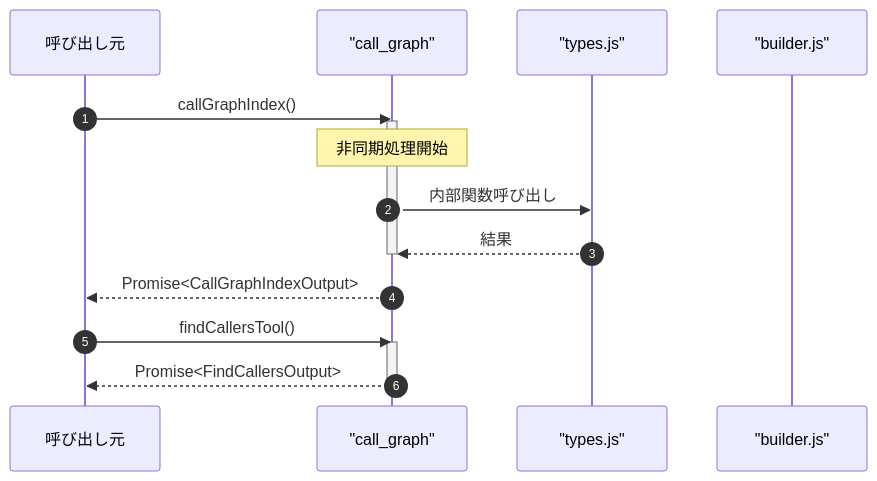
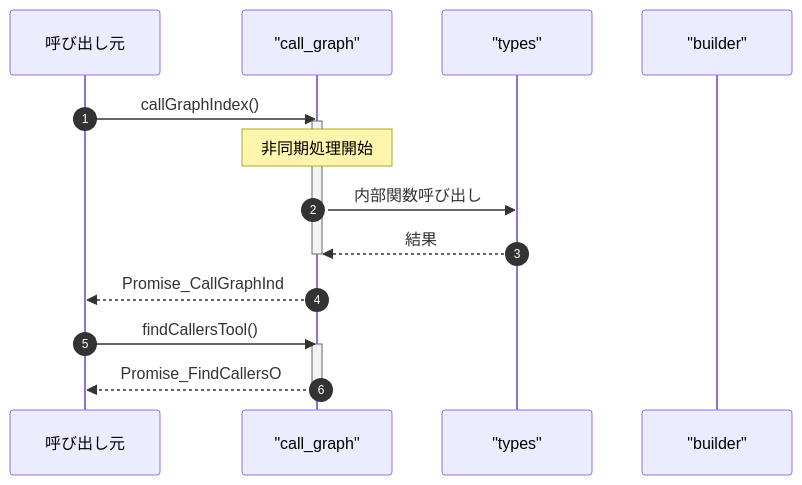
One commit to Mekann2904/mekann changed the third of 3 diagrams in ABDD/.pi/extensions/search/tools/call_graph.md. Above: the diagram before and after it, drawn with Mermaid. The commit also changed other lines of this file and 174 other files, not shown here.

First line of the commit message:
fix(docs): ABDDのMermaid図生成エラーを修正する

````diff
--- a/ABDD/.pi/extensions/search/tools/call_graph.md
+++ b/ABDD/.pi/extensions/search/tools/call_graph.md
@@ -73,21 +73,21 @@
 ```mermaid
 sequenceDiagram
   autonumber
   participant Caller as 呼び出し元
   participant call_graph as "call_graph"
-  participant types_js as "types.js"
-  participant builder_js as "builder.js"
+  participant types as "types"
+  participant builder as "builder"
 
   Caller->>call_graph: callGraphIndex()
   activate call_graph
   Note over call_graph: 非同期処理開始
-  call_graph->>types_js: 内部関数呼び出し
-  types_js-->>call_graph: 結果
+  call_graph->>types: 内部関数呼び出し
+  types-->>call_graph: 結果
   deactivate call_graph
-  call_graph-->>Caller: Promise<CallGraphIndexOutput>
+  call_graph-->>Caller: Promise_CallGraphInd
 
   Caller->>call_graph: findCallersTool()
   activate call_graph
-  call_graph-->>Caller: Promise<FindCallersOutput>
+  call_graph-->>Caller: Promise_FindCallersO
   deactivate call_graph
 ```
````
